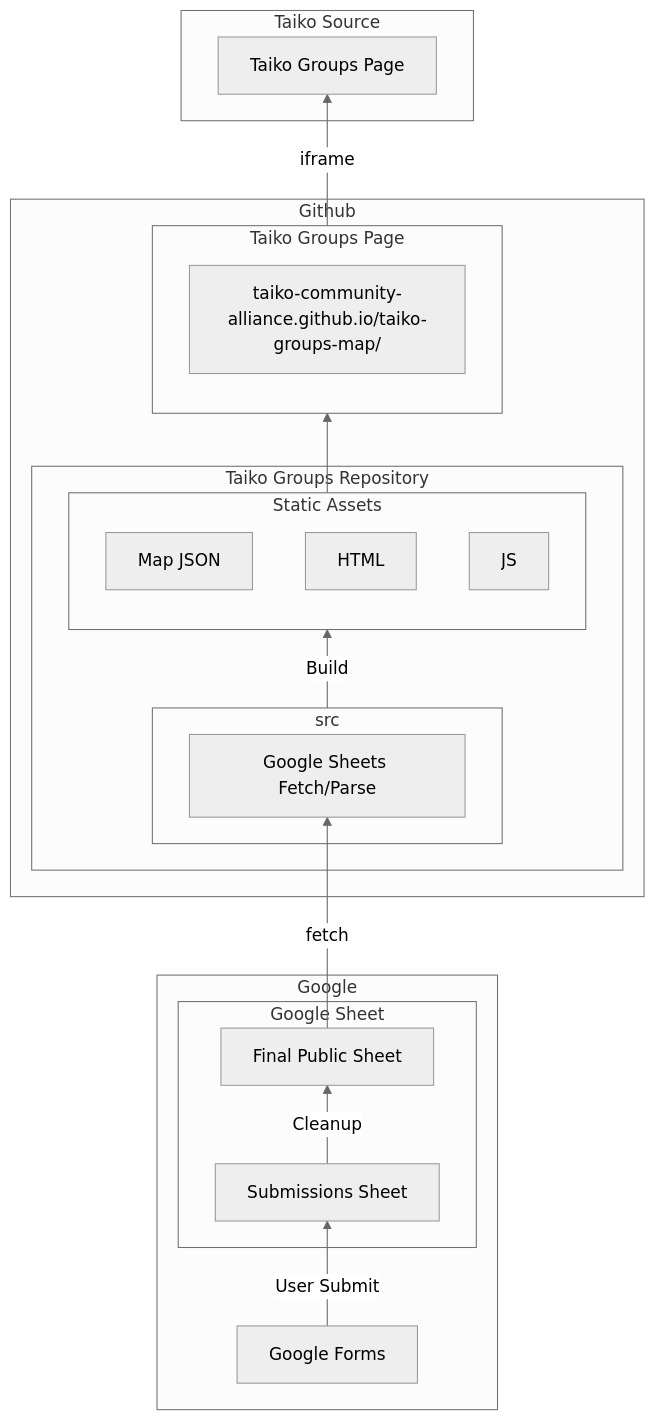
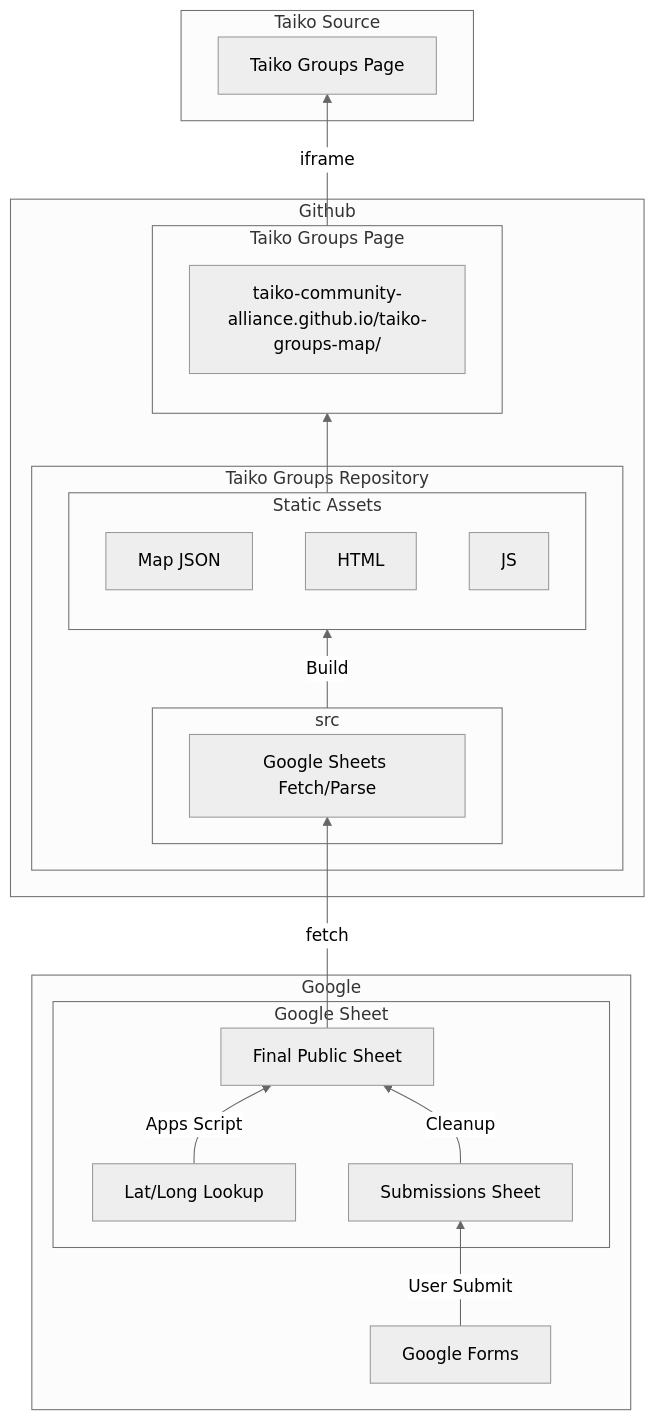
Before and after one commit to Taiko-Community-Alliance/taiko-groups-map: the diagram in README.md, drawn with Mermaid.

Commit message:
Note about lat/long

````diff
--- a/README.md
+++ b/README.md
@@ -14,35 +14,36 @@
 ```mermaid
 ---
 config:
   theme: neutral
 ---
 flowchart BT
     subgraph GL["Google"]
         GF["Google Forms"] -- User Submit --> GSR
         subgraph GS["Google Sheet"]
+            GEO["Lat/Long Lookup"] -- Apps Script --> GSP
             GSR["Submissions Sheet"] -- Cleanup --> GSP["Final Public Sheet"]
         end
     end
     GSP -- fetch --> PARSE
     subgraph GH["Github"]
         subgraph GHR["Taiko Groups Repository"]
             subgraph SRC["src"]
                 PARSE["Google Sheets Fetch/Parse"]
             end
             subgraph ST["Static Assets"]
                 GHJSONST["Map JSON"]
                 HTML
                 JS
             end
             SRC -- Build --> ST
         end
         ST --> GHP
         subgraph GHP["Taiko Groups Page"]
             WEBPAGE["taiko-community-alliance.github.io/taiko-groups-map/"]
         end
     end
     GHP -- iframe --> TGPAGE
     subgraph TS["Taiko Source"]
         TGPAGE["Taiko Groups Page"]
     end
 ```
````
